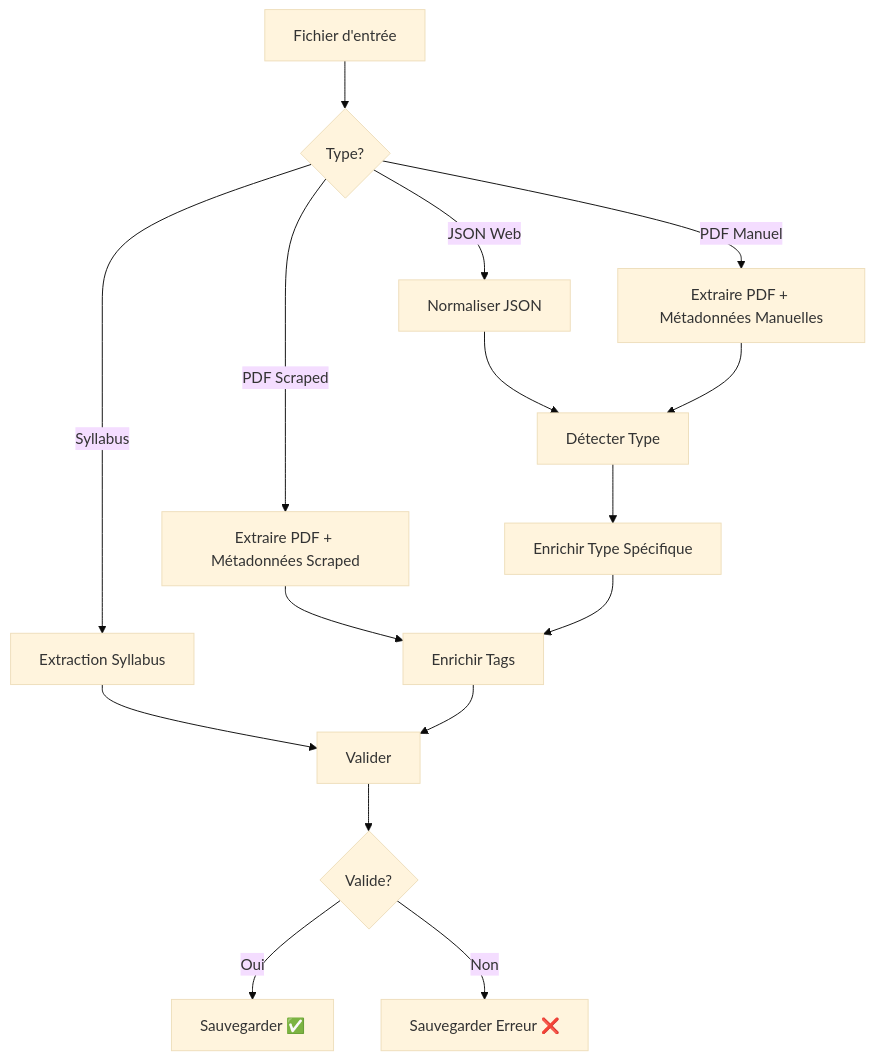
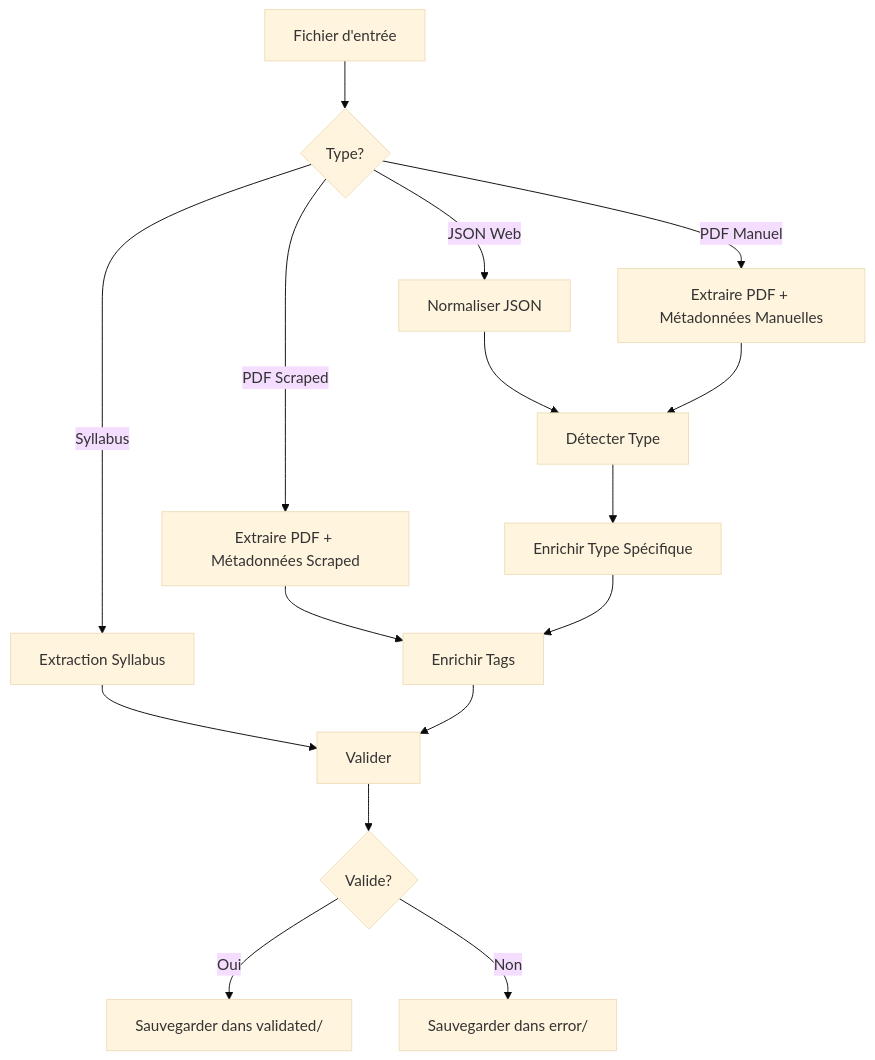
Before and after one commit to Adr44mo/Stage-Chatbot-Polytech: the diagram in Document_handler/new_filler/README.md, drawn with Mermaid (base theme). The commit also changed other lines of this file and 8 other files, not shown here.

````diff
--- a/Document_handler/new_filler/README.md
+++ b/Document_handler/new_filler/README.md
@@ -70,20 +66,20 @@
 ```mermaid
 graph TD
     A[Fichier d'entrée] --> B{Type?}
     B -->|JSON Web| C[Normaliser JSON]
     B -->|PDF Scraped| D[Extraire PDF + Métadonnées Scraped]
     B -->|PDF Manuel| E[Extraire PDF + Métadonnées Manuelles]
     B -->|Syllabus| F[Extraction Syllabus]
     
     C --> G[Détecter Type]
     D --> H[Enrichir Tags]
     E --> G
     F --> I[Valider]
     
     G --> J[Enrichir Type Spécifique]
     J --> H
     H --> I
     I --> K{Valide?}
-    K -->|Oui| L[Sauvegarder ✅]
-    K -->|Non| M[Sauvegarder Erreur ❌]
+    K -->|Oui| L[Sauvegarder dans validated/]
+    K -->|Non| M[Sauvegarder dans error/]
 ```
````
